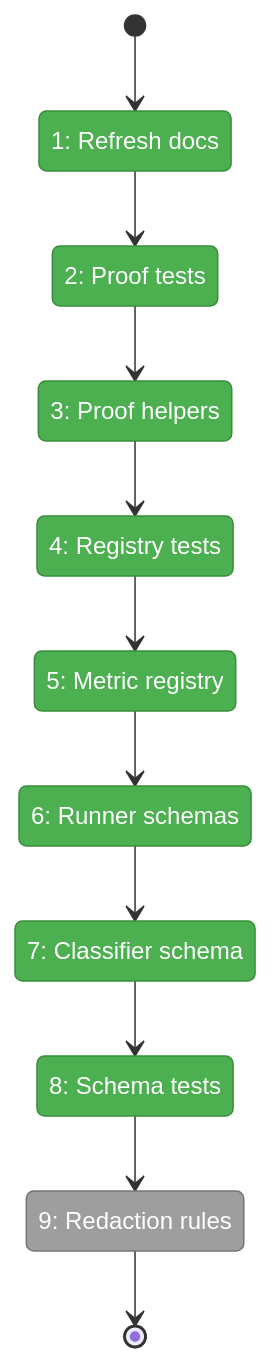
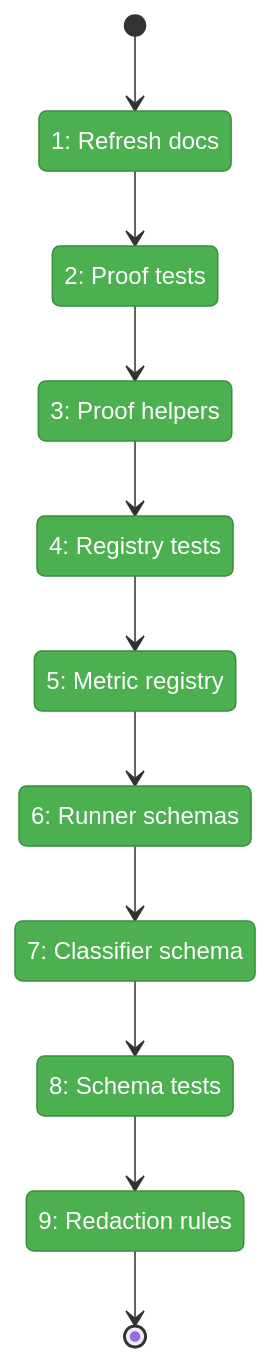
One commit to AI-Substrate/minih changed the first of 2 diagrams in docs/plans/020-minih-harness-measurement/tasks/phase-1-measurement-domain-contracts/tasks.fltplan.md. Above: the diagram before and after it, drawn with Mermaid. The commit also changed other lines of this file and 11 other files, not shown here.

````diff
--- a/docs/plans/020-minih-harness-measurement/tasks/phase-1-measurement-domain-contracts/tasks.fltplan.md
+++ b/docs/plans/020-minih-harness-measurement/tasks/phase-1-measurement-domain-contracts/tasks.fltplan.md
@@ -44,38 +44,38 @@
 ```mermaid
 stateDiagram-v2
     classDef pending fill:#9E9E9E,stroke:#757575,color:#fff
     classDef active fill:#FFC107,stroke:#FFA000,color:#000
     classDef done fill:#4CAF50,stroke:#388E3C,color:#fff
     classDef blocked fill:#F44336,stroke:#D32F2F,color:#fff
 
     state "1: Refresh docs" as S1
     state "2: Proof tests" as S2
     state "3: Proof helpers" as S3
     state "4: Registry tests" as S4
     state "5: Metric registry" as S5
     state "6: Runner schemas" as S6
     state "7: Classifier schema" as S7
     state "8: Schema tests" as S8
     state "9: Redaction rules" as S9
 
     [*] --> S1
     S1 --> S2
     S2 --> S3
     S3 --> S4
     S4 --> S5
     S5 --> S6
     S6 --> S7
     S7 --> S8
     S8 --> S9
     S9 --> [*]
 
     class S1 done
     class S2 done
     class S3 done
     class S4 done
     class S5 done
     class S6 done
     class S7 done
     class S8 done
-    class S9 pending
+    class S9 done
 ```
````
